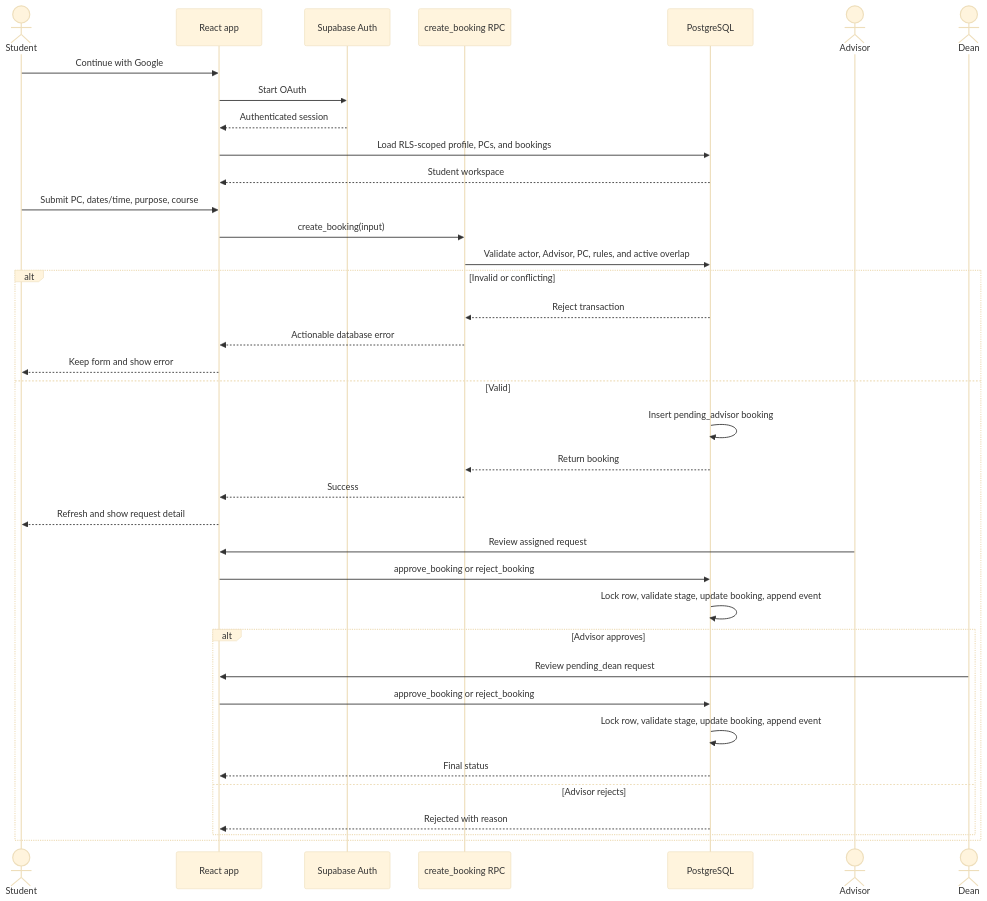
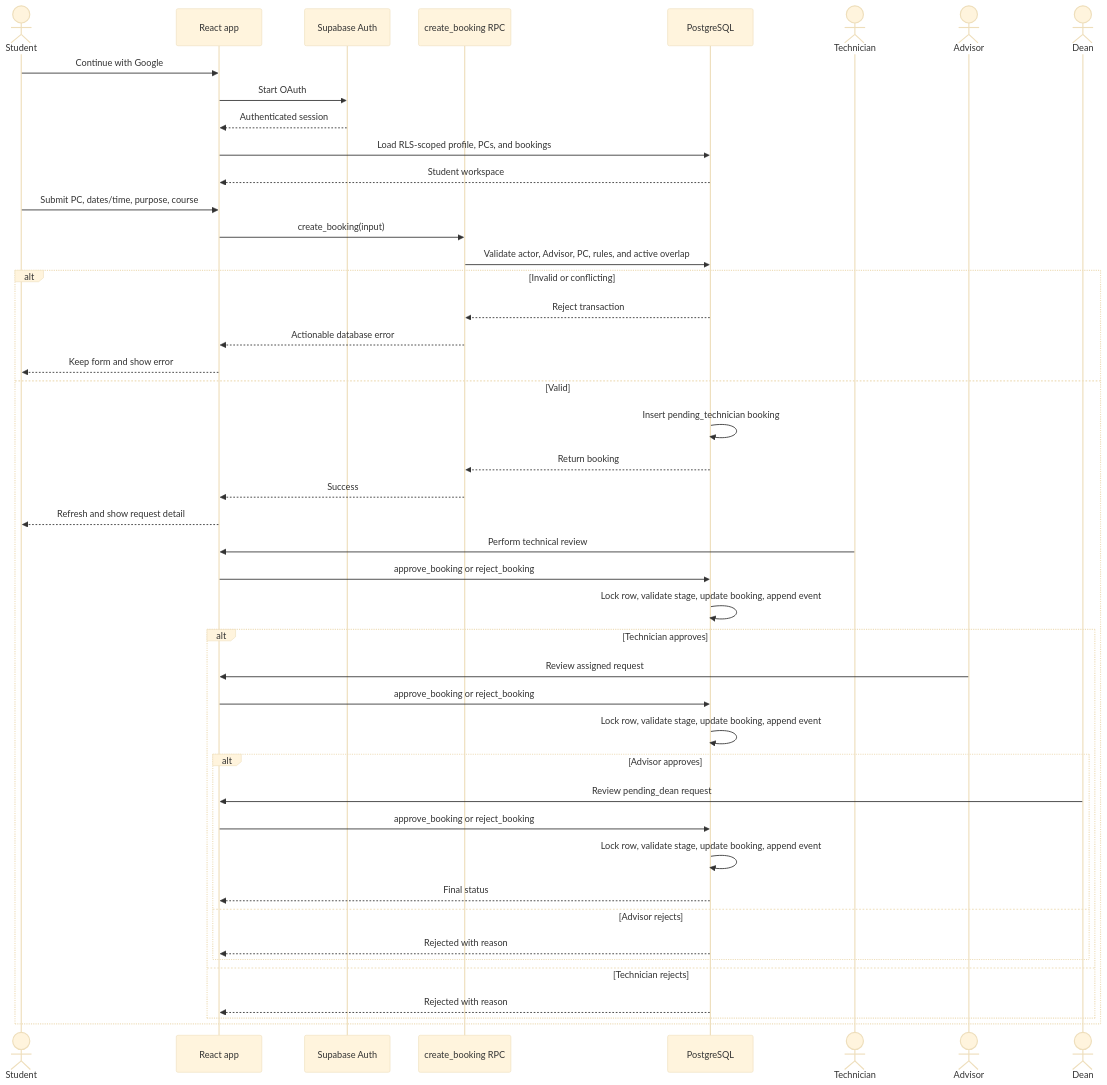
The first of 3 diagrams in .docs/02-design/diagrams/04-sequence-diagram-booking.md (Leng201202/SE-Lab-Booking-System), drawn with Mermaid (base theme) before and after one commit. The commit also changed other lines of this file and 35 other files, not shown here.

First line of the commit message:
feat: implement technician role and workflow for booking management

```diff
--- a/.docs/02-design/diagrams/04-sequence-diagram-booking.md
+++ b/.docs/02-design/diagrams/04-sequence-diagram-booking.md
@@ -3,42 +3,50 @@
 ~~~mermaid
 sequenceDiagram
     actor S as Student
     participant W as React app
     participant A as Supabase Auth
     participant R as create_booking RPC
     participant P as PostgreSQL
+    actor T as Technician
     actor V as Advisor
     actor D as Dean
 
     S->>W: Continue with Google
     W->>A: Start OAuth
     A-->>W: Authenticated session
     W->>P: Load RLS-scoped profile, PCs, and bookings
     P-->>W: Student workspace
 
     S->>W: Submit PC, dates/time, purpose, course
     W->>R: create_booking(input)
     R->>P: Validate actor, Advisor, PC, rules, and active overlap
     alt Invalid or conflicting
         P-->>R: Reject transaction
         R-->>W: Actionable database error
         W-->>S: Keep form and show error
     else Valid
-        P->>P: Insert pending_advisor booking
+        P->>P: Insert pending_technician booking
         P-->>R: Return booking
         R-->>W: Success
         W-->>S: Refresh and show request detail
 
-        V->>W: Review assigned request
+        T->>W: Perform technical review
         W->>P: approve_booking or reject_booking
         P->>P: Lock row, validate stage, update booking, append event
-        alt Advisor approves
-            D->>W: Review pending_dean request
+        alt Technician approves
+            V->>W: Review assigned request
             W->>P: approve_booking or reject_booking
             P->>P: Lock row, validate stage, update booking, append event
-            P-->>W: Final status
-        else Advisor rejects
+            alt Advisor approves
+                D->>W: Review pending_dean request
+                W->>P: approve_booking or reject_booking
+                P->>P: Lock row, validate stage, update booking, append event
+                P-->>W: Final status
+            else Advisor rejects
+                P-->>W: Rejected with reason
+            end
+        else Technician rejects
             P-->>W: Rejected with reason
         end
     end
 ~~~
```
